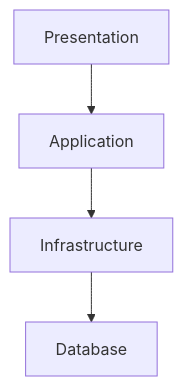
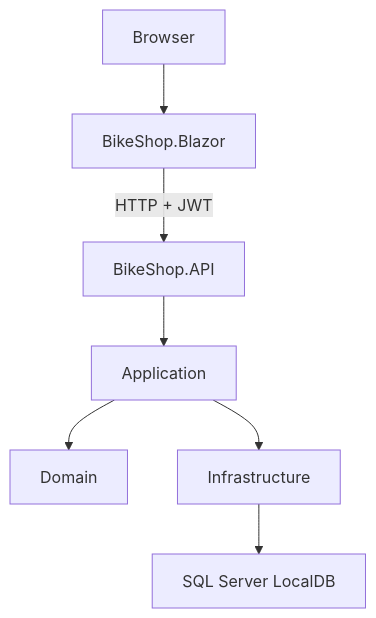
One commit to m01ves2/BikeShop changed the first of 2 diagrams in docs/Architecture.md. Above: the diagram before and after it, drawn with Mermaid. The commit also changed other lines of this file and 12 other files, not shown here.

Commit message:
Finalize BikeShop documentation

````diff
--- a/docs/Architecture.md
+++ b/docs/Architecture.md
@@ -20,7 +14,9 @@
 ```mermaid
 flowchart TD
-
-Presentation --> Application
-Application --> Infrastructure
-Infrastructure --> Database
+    Browser --> Blazor["BikeShop.Blazor"]
+    Blazor -->|"HTTP + JWT"| API["BikeShop.API"]
+    API --> Application
+    Application --> Domain
+    Application --> Infrastructure
+    Infrastructure --> SQLServer["SQL Server LocalDB"]
 ```
````
